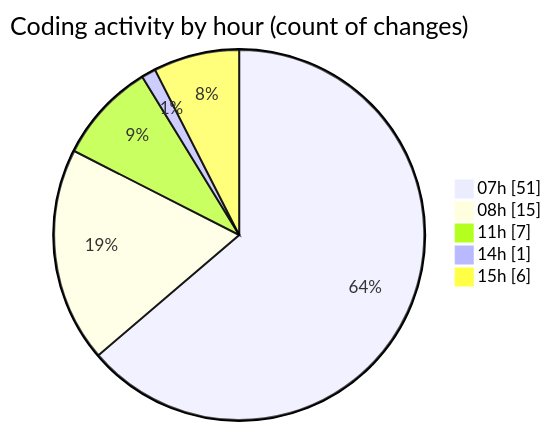
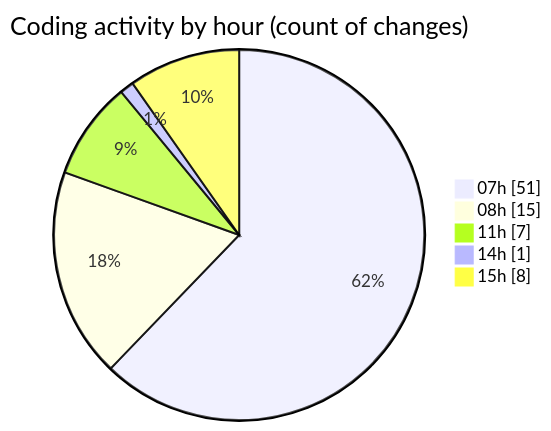
One commit to robertbonfada/code-tracking changed the second of 2 diagrams in 2025-01-17/mbc-web/README.md. Above: the diagram before and after it, drawn with Mermaid. The commit also changed other lines of this file and 1 other file, not shown here.

````diff
--- a/2025-01-17/mbc-web/README.md
+++ b/2025-01-17/mbc-web/README.md
@@ -46,9 +46,9 @@
 ```mermaid
 pie showData
 title Coding activity by hour (count of changes)
 "07h" : 51
 "08h" : 15
 "11h" : 7
 "14h" : 1
-"15h" : 6
+"15h" : 8
 ```
````
